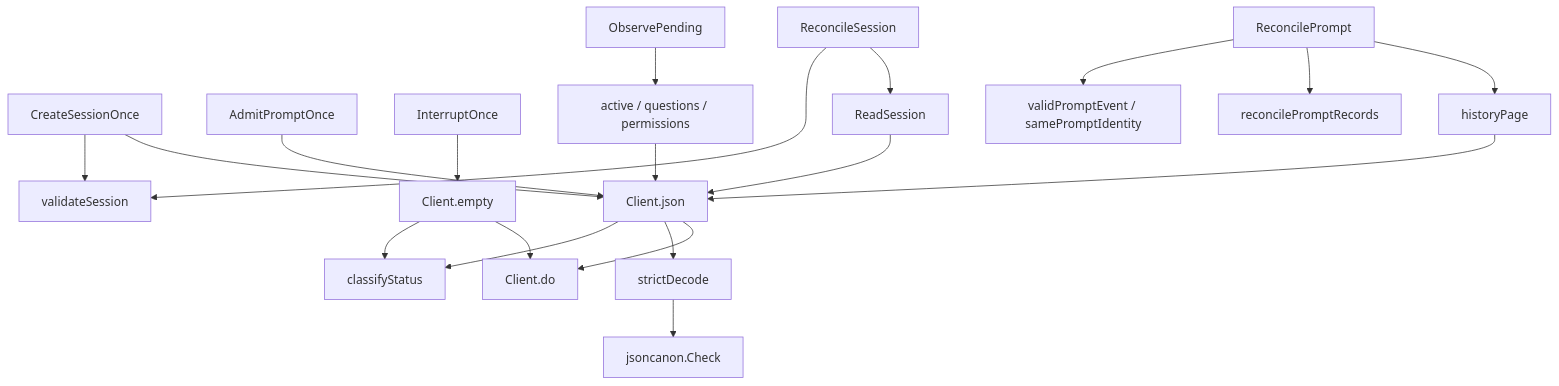
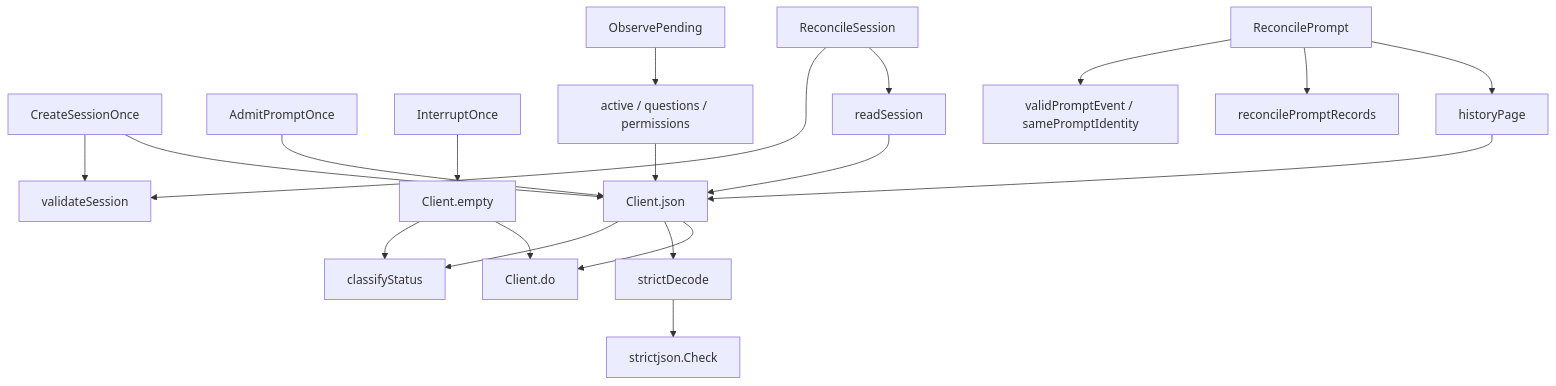
Before and after one commit to nebler/fern: the second of 2 diagrams in internal/backgroundopencode/README.md, drawn with Mermaid. The commit also changed other lines of this file and 47 other files, not shown here.

````diff
--- a/internal/backgroundopencode/README.md
+++ b/internal/backgroundopencode/README.md
@@ -56,22 +56,22 @@
 ```mermaid
 flowchart TD
   create["CreateSessionOnce"] --> json["Client.json"]
   create --> session["validateSession"]
   admit["AdmitPromptOnce"] --> json
   interrupt["InterruptOnce"] --> empty["Client.empty"]
   json --> wire["Client.do"]
   empty --> wire
   json --> decode["strictDecode"]
   json --> status["classifyStatus"]
   empty --> status
-  decode --> check["jsoncanon.Check"]
-  reconcile["ReconcileSession"] --> read["ReadSession"]
+  decode --> check["strictjson.Check"]
+  reconcile["ReconcileSession"] --> read["readSession"]
   read --> json
   reconcile --> session
   history["ReconcilePrompt"] --> page["historyPage"]
   page --> json
   history --> records["reconcilePromptRecords"]
   history --> event["validPromptEvent / samePromptIdentity"]
   observe["ObservePending"] --> pending["active / questions / permissions"]
   pending --> json
 ```
````
